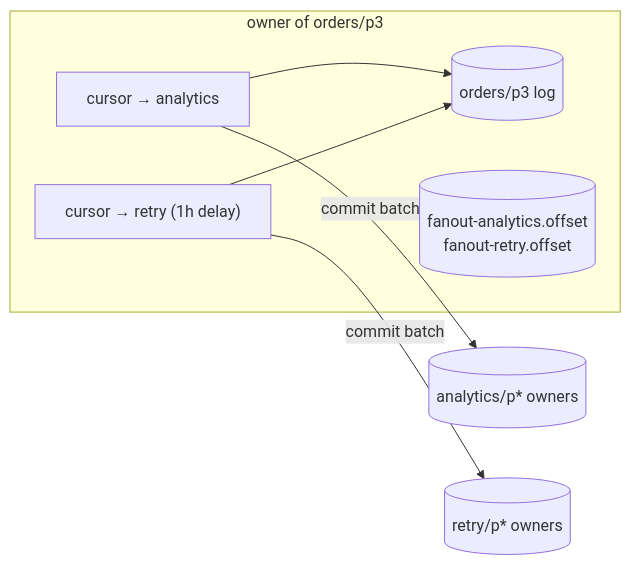
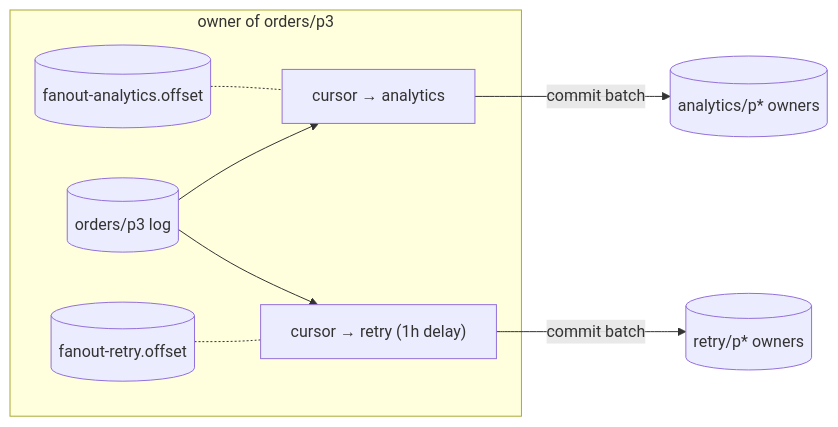
One commit to DebanganThakuria/narad changed the first of 3 diagrams in docs/understand/fanout-engine.md. Above: the diagram before and after it, drawn with Mermaid. The commit also changed 3 other files, not shown here.

First line of the commit message:
docs: fix the Raft TLS install order and two diagrams

````diff
--- a/docs/understand/fanout-engine.md
+++ b/docs/understand/fanout-engine.md
@@ -24,13 +24,18 @@
 ```mermaid
 flowchart LR
     accTitle: Fan-out cursors on the owner of a parent partition
     accDescr: On the owner of partition 3 of orders, two cursors read the orders partition 3 log: one for the analytics child and one for a retry child with a one hour delay. Their offset files sit beside the log. Each cursor commits batches to the owners of its child's partitions.
     subgraph owner["owner of orders/p3"]
+        OFF1[("fanout-analytics.offset")]
         LOG[("orders/p3 log")]
-        CUR1["cursor → analytics"] --> LOG
-        CUR2["cursor → retry (1h delay)"] --> LOG
-        OFF[("fanout-analytics.offset<br/>fanout-retry.offset")]
+        OFF2[("fanout-retry.offset")]
+        CUR1["cursor → analytics"]
+        CUR2["cursor → retry (1h delay)"]
+        OFF1 -.- CUR1
+        LOG --> CUR1
+        LOG --> CUR2
+        OFF2 -.- CUR2
     end
     CUR1 -->|"commit batch"| A[("analytics/p* owners")]
     CUR2 -->|"commit batch"| R[("retry/p* owners")]
 ```
````
